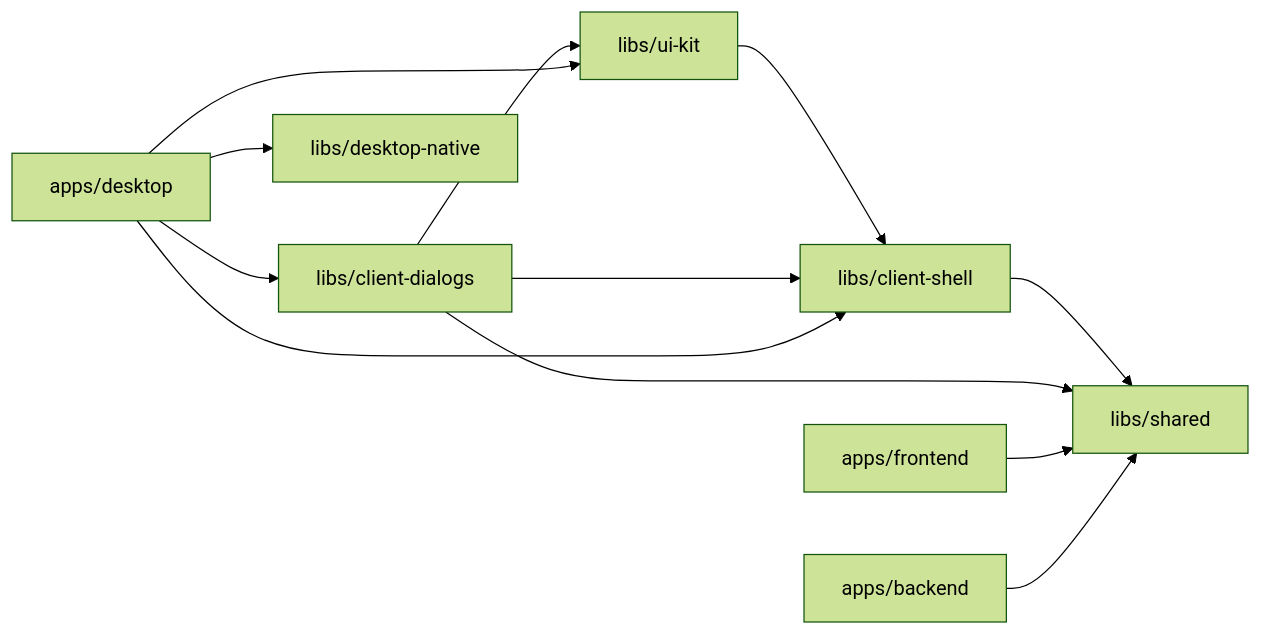
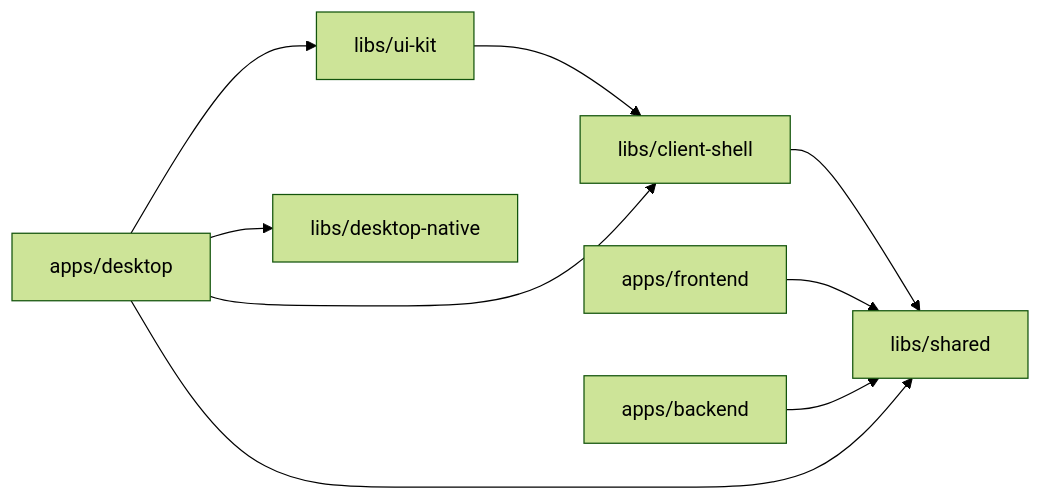
One commit to Quenary/konvoez changed the diagram in docs/CONTRIBUTING.md. Above: the diagram before and after it, drawn with Mermaid (forest theme). The commit also changed other lines of this file and 43 other files, not shown here.

````diff
--- a/docs/CONTRIBUTING.md
+++ b/docs/CONTRIBUTING.md
@@ -24,23 +23,19 @@
 ```mermaid
 flowchart LR
   shared[libs/shared]
   shell[libs/client-shell]
   kit[libs/ui-kit]
-  dialogs[libs/client-dialogs]
   native[libs/desktop-native]
   frontend[apps/frontend]
   backend[apps/backend]
   desktop[apps/desktop]
 
   shell --> shared
   kit --> shell
-  dialogs --> shell
-  dialogs --> kit
-  dialogs --> shared
   frontend --> shared
   backend --> shared
-  desktop --> dialogs
+  desktop --> shared
   desktop --> shell
   desktop --> kit
   desktop --> native
 ```
````
